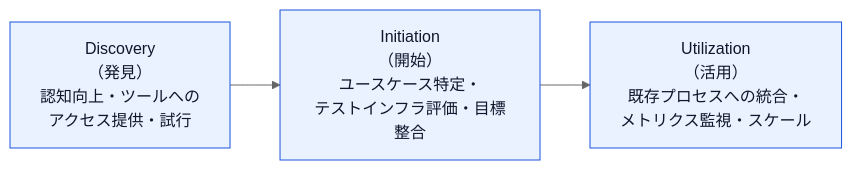
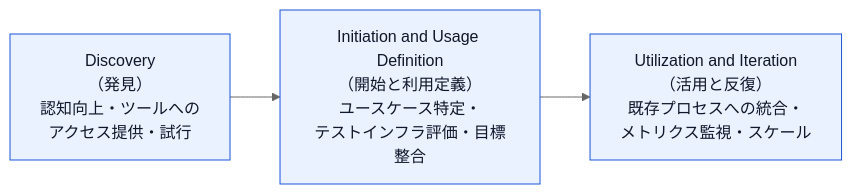
One commit to myoshi2891/Quality-Assurance-Studies changed diagram 12 of 13 in Ct-genai-study-guide.md. Above: the diagram before and after it, drawn with Mermaid (neutral theme). The commit also changed other lines of this file and 1 other file, not shown here.

Commit message:
docs(ct-genai): refine foundation LLM description and adoption phase names

````diff
--- a/Ct-genai-study-guide.md
+++ b/Ct-genai-study-guide.md
@@ -690,8 +690,8 @@
 ```mermaid
 flowchart LR
-    D["Discovery<br/>（発見）<br/>認知向上・ツールへの<br/>アクセス提供・試行"] --> I["Initiation<br/>（開始）<br/>ユースケース特定・<br/>テストインフラ評価・目標整合"]
-    I --> U["Utilization<br/>（活用）<br/>既存プロセスへの統合・<br/>メトリクス監視・スケール"]
+    D["Discovery<br/>（発見）<br/>認知向上・ツールへの<br/>アクセス提供・試行"] --> I["Initiation and Usage Definition<br/>（開始と利用定義）<br/>ユースケース特定・<br/>テストインフラ評価・目標整合"]
+    I --> U["Utilization and Iteration<br/>（活用と反復）<br/>既存プロセスへの統合・<br/>メトリクス監視・スケール"]
 
     classDef phase fill:#eaf1ff,stroke:#1a56db,color:#0f172a
     class D,I,U phase
 ```
````
